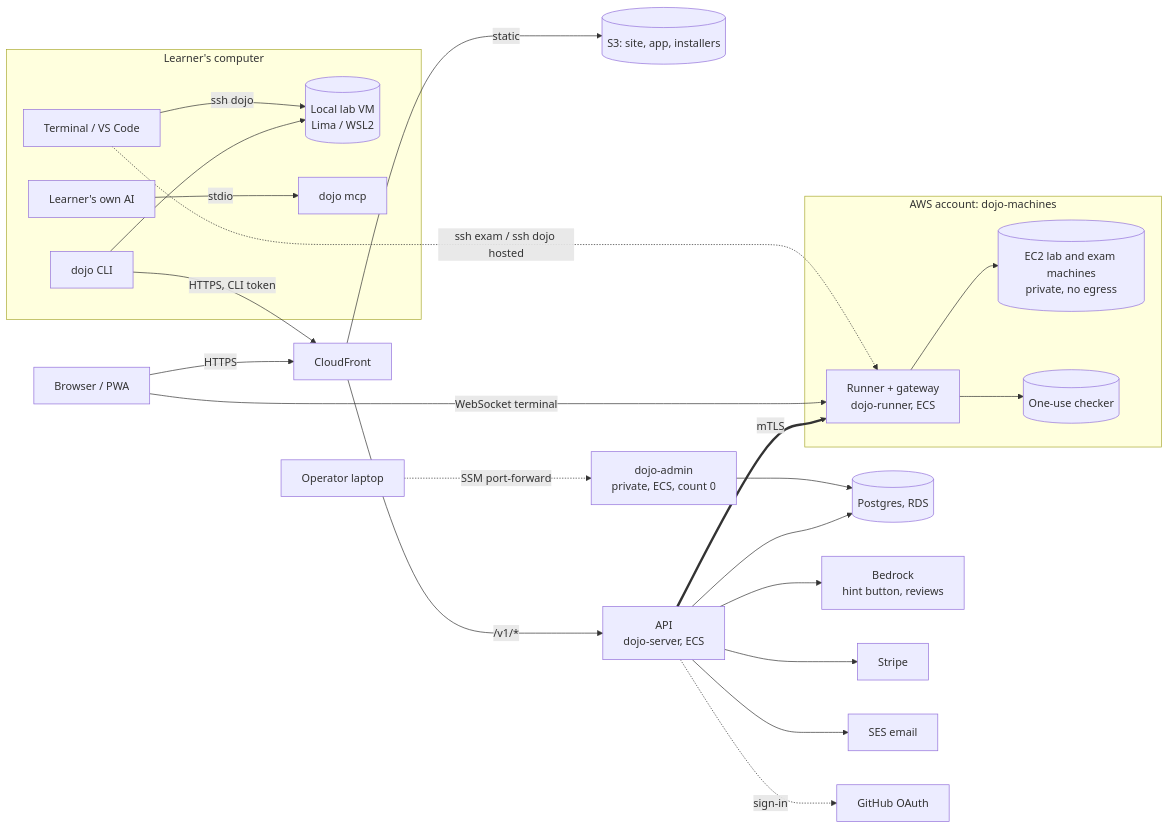
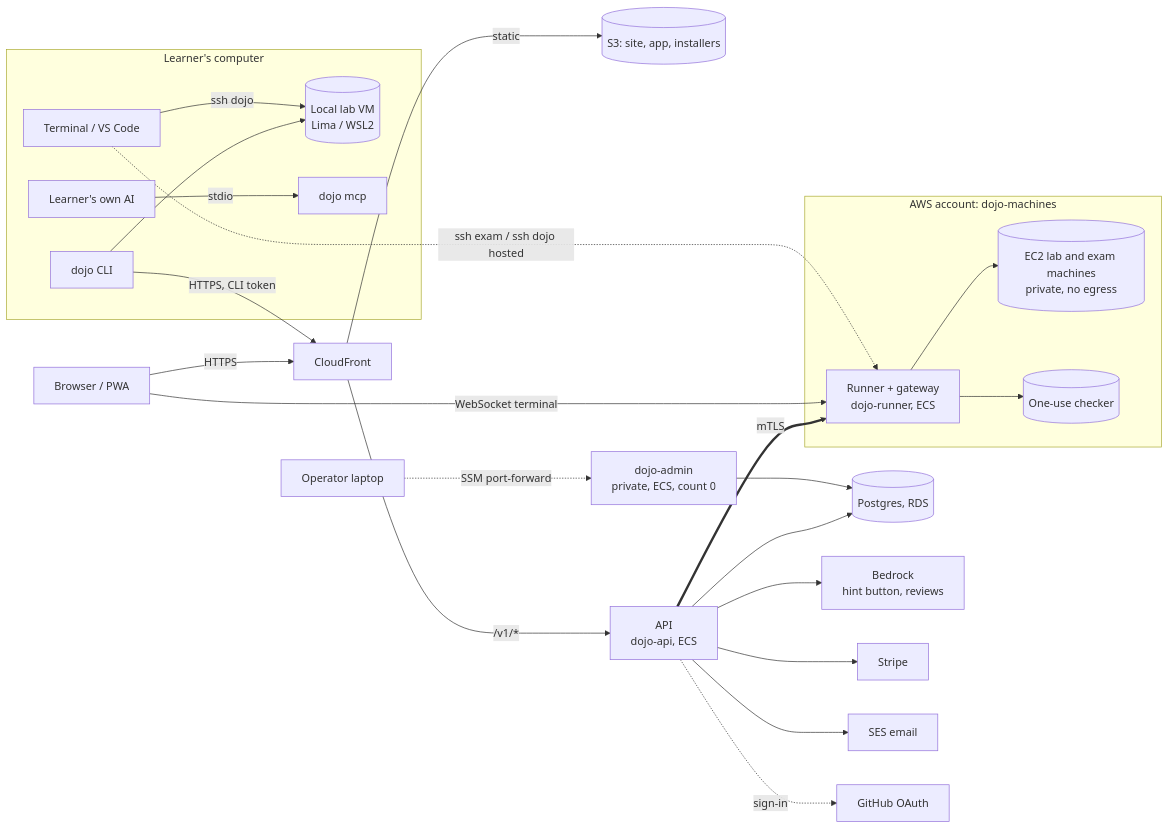
One commit to kibanbuild/dojo changed the first of 2 diagrams in docs/technical-design.md. Above: the diagram before and after it, drawn with Mermaid. The commit also changed other lines of this file and 1 other file, not shown here.

````diff
--- a/docs/technical-design.md
+++ b/docs/technical-design.md
@@ -36,26 +36,26 @@
 ```mermaid
 flowchart LR
   subgraph laptop[Learner's computer]
     cli[dojo CLI] --> lab[(Local lab VM<br/>Lima / WSL2)]
     ai[Learner's own AI] -- stdio --> mcp[dojo mcp]
     term[Terminal / VS Code] -- ssh dojo --> lab
   end
   browser[Browser / PWA] -->|HTTPS| cf[CloudFront]
   cli -->|HTTPS, CLI token| cf
   cf -->|static| s3[(S3: site, app, installers)]
-  cf -->|/v1/*| api[API<br/>dojo-server, ECS]
+  cf -->|/v1/*| api[API<br/>dojo-api, ECS]
   api --> db[(Postgres, RDS)]
   api --> bedrock[Bedrock<br/>hint button, reviews]
   api --> stripe[Stripe]
   api --> ses[SES email]
   api -. sign-in .-> gh[GitHub OAuth]
   api == mTLS ==> runner
   op[Operator laptop] -. SSM port-forward .-> admin[dojo-admin<br/>private, ECS, count 0]
   admin --> db
   subgraph machines[AWS account: dojo-machines]
     runner[Runner + gateway<br/>dojo-runner, ECS] --> ec2[(EC2 lab and exam machines<br/>private, no egress)]
     runner --> checker[(One-use checker)]
   end
   browser -- WebSocket terminal --> runner
   term -. ssh exam / ssh dojo hosted .-> runner
 ```
````
